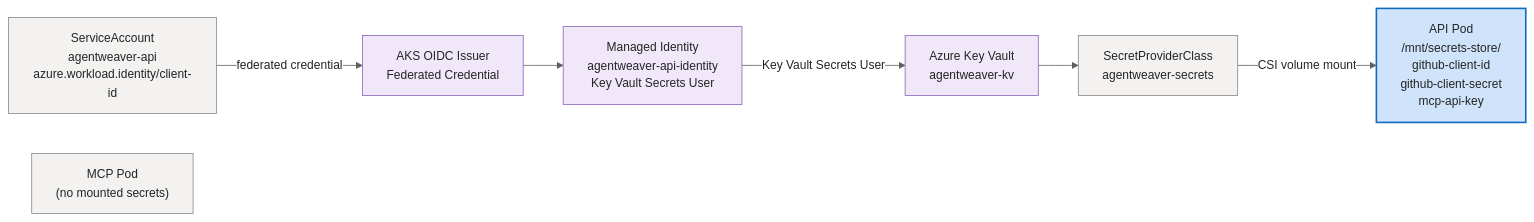
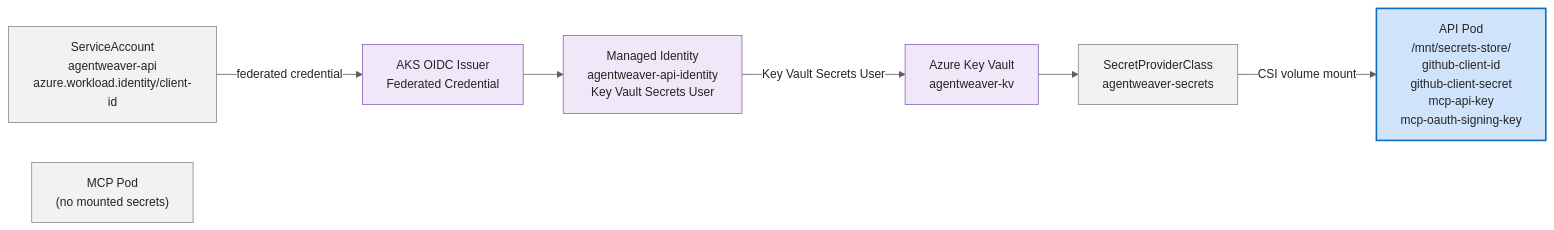
Before and after one commit to sabbour/agentweaver: the fifth of 5 diagrams in docs/architecture-aks.md, drawn with Mermaid. The commit also changed other lines of this file, not shown here.

First line of the commit message:
docs: update AKS architecture doc for Postgres + 2 replicas

````diff
--- a/docs/architecture-aks.md
+++ b/docs/architecture-aks.md
@@ -262,29 +262,29 @@
 ```mermaid
 %%{init: {'theme':'base','themeVariables':{'fontFamily':'Segoe UI, system-ui, -apple-system, sans-serif','fontSize':'15px','primaryColor':'#E8EEF9','primaryBorderColor':'#0F6CBD','primaryTextColor':'#242424','lineColor':'#605E5C','clusterBkg':'#FAF9F8','clusterBorder':'#D2D0CE','edgeLabelBackground':'#FFFFFF'}}}%%
 flowchart LR
     MI["Managed Identity<br/>agentweaver-api-identity<br/>Key Vault Secrets User"]
     SA["ServiceAccount<br/>agentweaver-api<br/>azure.workload.identity/client-id"]
     OIDC["AKS OIDC Issuer<br/>Federated Credential"]
     KV["Azure Key Vault<br/>agentweaver-kv"]
 
     SPC["SecretProviderClass<br/>agentweaver-secrets"]
 
-    API["API Pod<br/>/mnt/secrets-store/<br/>github-client-id<br/>github-client-secret<br/>mcp-api-key"]
+    API["API Pod<br/>/mnt/secrets-store/<br/>github-client-id<br/>github-client-secret<br/>mcp-api-key<br/>mcp-oauth-signing-key"]
     MCP["MCP Pod<br/>(no mounted secrets)"]
 
     SA -->|"federated credential"| OIDC --> MI
     MI -->|"Key Vault Secrets User"| KV
     KV --> SPC -->|"CSI volume mount"| API
 
     classDef client fill:#E8EEF9,stroke:#0F6CBD,stroke-width:1px,color:#242424;
     classDef svc fill:#F3F2F1,stroke:#8A8886,stroke-width:1px,color:#242424;
     classDef core fill:#CFE4FA,stroke:#0F6CBD,stroke-width:2px,color:#242424;
     classDef data fill:#FFF4CE,stroke:#C19C00,stroke-width:1px,color:#242424;
     classDef ext fill:#F0E8F8,stroke:#8764B8,stroke-width:1px,color:#242424;
     classDef runtime fill:#DDF3DD,stroke:#107C10,stroke-width:1px,color:#242424;
     classDef evt fill:#D6F0F0,stroke:#038387,stroke-width:1px,color:#242424;
 
     class SA,SPC,MCP svc;
     class API core;
     class MI,OIDC,KV ext;
 ```
````
